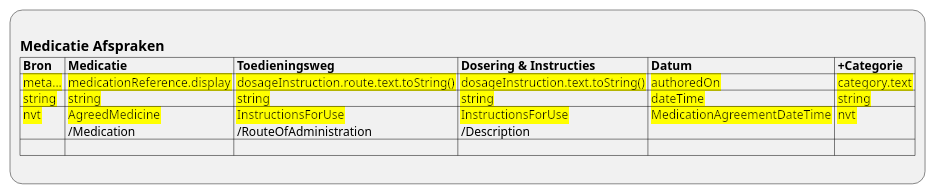
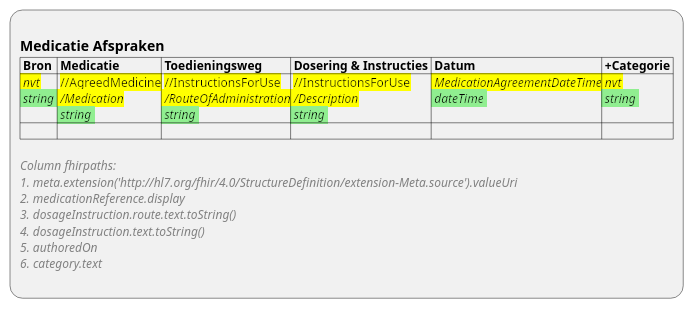
Before and after one commit to RIVO-Noord/zorgviewer-ig: the diagram in input/images-source/ViewDefinition-MedicationRequest.plantuml, drawn with PlantUML. The commit also changed 11 other files, not shown here.

```diff
--- a/input/images-source/ViewDefinition-MedicationRequest.plantuml
+++ b/input/images-source/ViewDefinition-MedicationRequest.plantuml
@@ -1,10 +1,16 @@
 @startuml ViewDefinition-MedicationRequest
 :
 == Medicatie Afspraken
 |= Bron |= Medicatie |= Toedieningsweg |= Dosering & Instructies |= Datum |= +Categorie |
-|<back:yellow> meta... |<back:yellow> medicationReference.display |<back:yellow> dosageInstruction.route.text.toString() |<back:yellow> dosageInstruction.text.toString() |<back:yellow> authoredOn |<back:yellow> category.text |
-|<back:yellow> string |<back:yellow> string |<back:yellow> string |<back:yellow> string |<back:yellow> dateTime |<back:yellow> string |
-|<back:yellow> nvt |<back:yellow> AgreedMedicine\n /Medication |<back:yellow> InstructionsForUse\n /RouteOfAdministration |<back:yellow> InstructionsForUse\n /Description |<back:yellow> MedicationAgreementDateTime |<back:yellow> nvt |
+|<back:yellow> //nvt//\n<back:lightgreen> //string// |<back:yellow> //AgreedMedicine\n<back:yellow> ///Medication//\n<back:lightgreen> //string// |<back:yellow> //InstructionsForUse\n<back:yellow> ///RouteOfAdministration//\n<back:lightgreen> //string// |<back:yellow> //InstructionsForUse\n<back:yellow> ///Description//\n<back:lightgreen> //string// |<back:yellow> //MedicationAgreementDateTime//\n<back:lightgreen> //dateTime// |<back:yellow> //nvt//\n<back:lightgreen> //string// |
 | |
+
+<color:gray>//Column fhirpaths://
+<color:gray>//1. meta.extension('http:~//hl7.org/fhir/4.0/StructureDefinition/extension-Meta.source').valueUri//
+<color:gray>//2. medicationReference.display//
+<color:gray>//3. dosageInstruction.route.text.toString()//
+<color:gray>//4. dosageInstruction.text.toString()//
+<color:gray>//5. authoredOn//
+<color:gray>//6. category.text//
 ;
 @enduml
```
